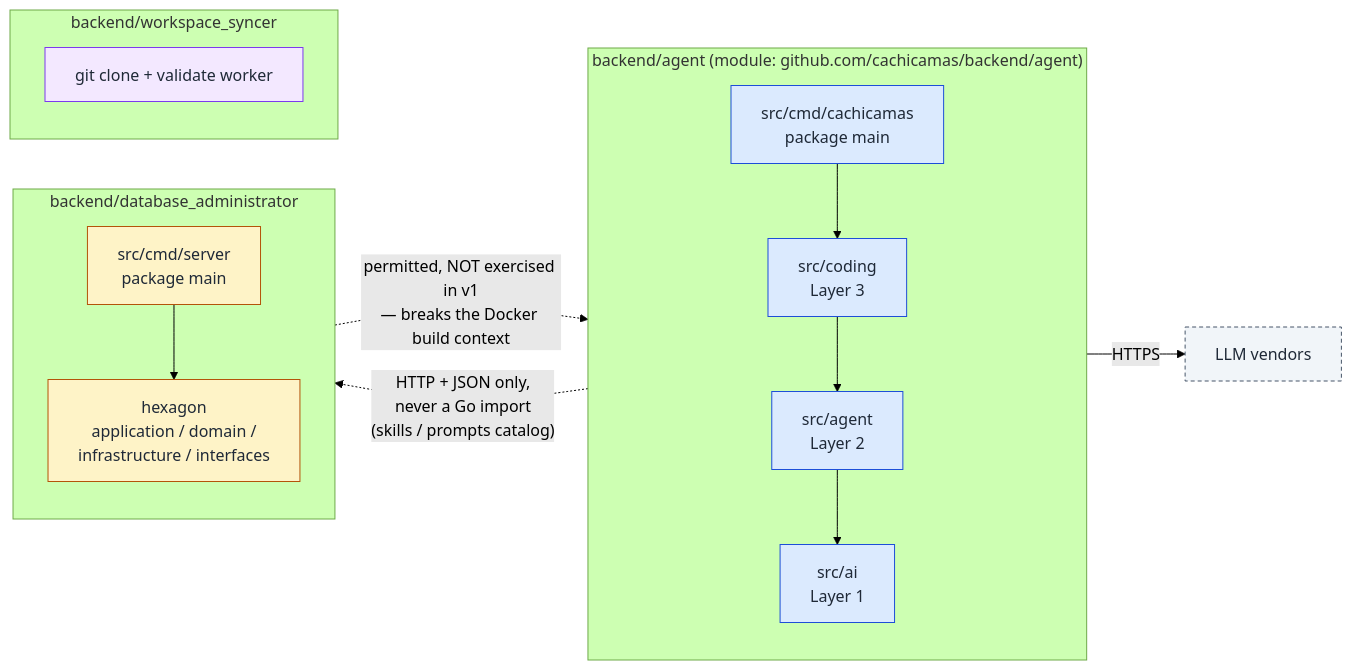
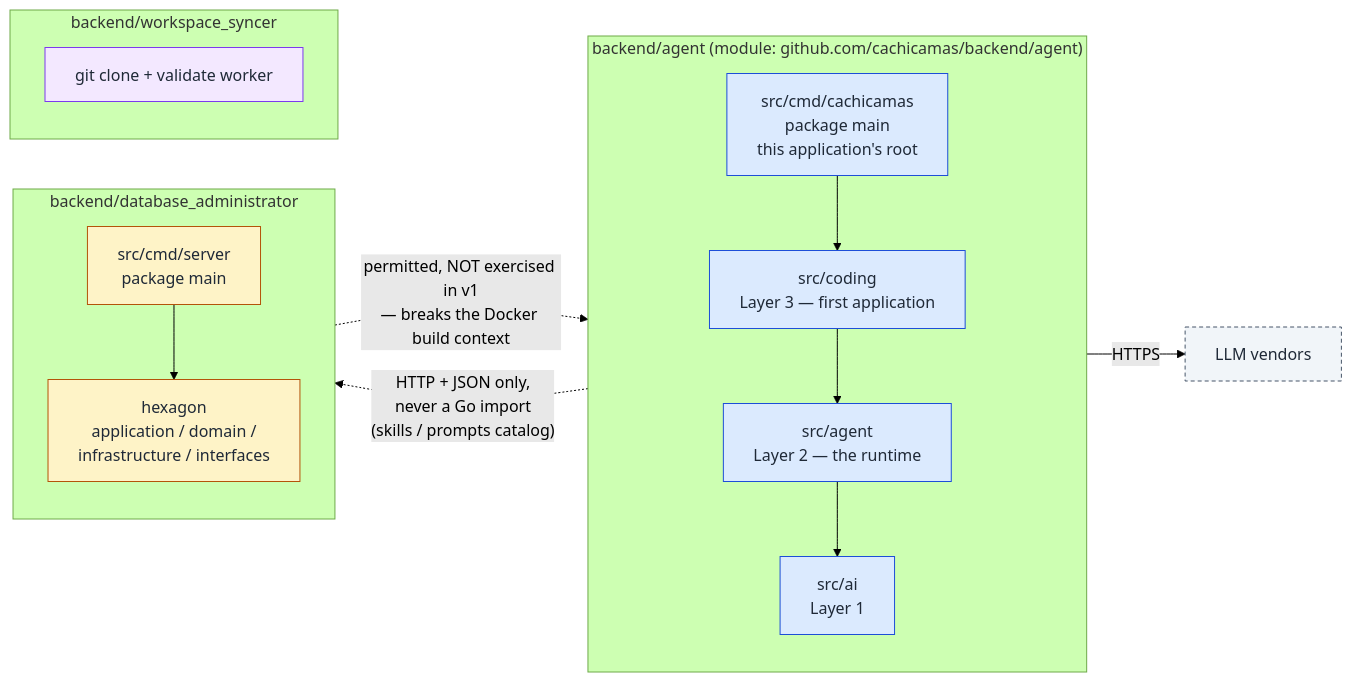
Before and after one commit to witsaba/cachicamas: the first of 3 diagrams in docs/architecture/0001-cachicamas-agent-stack-v2.md, drawn with Mermaid (forest theme). The commit also changed other lines of this file and 5 other files, not shown here.

````diff
--- a/docs/architecture/0001-cachicamas-agent-stack-v2.md
+++ b/docs/architecture/0001-cachicamas-agent-stack-v2.md
@@ -105,38 +134,38 @@
 ```mermaid
 flowchart LR
     subgraph AGENTMOD["backend/agent  (module: github.com/cachicamas/backend/agent)"]
         direction TB
-        CMD["src/cmd/cachicamas<br/>package main"]
-        COD["src/coding<br/>Layer 3"]
-        AGT["src/agent<br/>Layer 2"]
+        CMD["src/cmd/cachicamas<br/>package main<br/>this application's root"]
+        COD["src/coding<br/>Layer 3 — first application"]
+        AGT["src/agent<br/>Layer 2 — the runtime"]
         AIL["src/ai<br/>Layer 1"]
         CMD --> COD --> AGT --> AIL
     end
 
     subgraph DBAMOD["backend/database_administrator"]
         direction TB
         SRV["src/cmd/server<br/>package main"]
         HEX["hexagon<br/>application / domain /<br/>infrastructure / interfaces"]
         SRV --> HEX
     end
 
     subgraph WSMOD["backend/workspace_syncer"]
         WS["git clone + validate worker"]
     end
 
     VEND["LLM vendors"]
 
     AIL -- "HTTPS" --> VEND
     COD -. "HTTP + JSON only,<br/>never a Go import<br/>(skills / prompts catalog)" .-> HEX
     HEX -. "permitted, NOT exercised in v1<br/>— breaks the Docker build context" .-> AGT
 
     classDef mod fill:#dbeafe,stroke:#1d4ed8,color:#1f2937
     classDef dba fill:#fef3c7,stroke:#b45309,color:#1f2937
     classDef ws  fill:#f3e8ff,stroke:#7c3aed,color:#1f2937
     classDef ven fill:#f1f5f9,stroke:#475569,color:#1f2937,stroke-dasharray: 4 3
 
     class CMD,COD,AGT,AIL mod
     class SRV,HEX dba
     class WS ws
     class VEND ven
 ```
````
